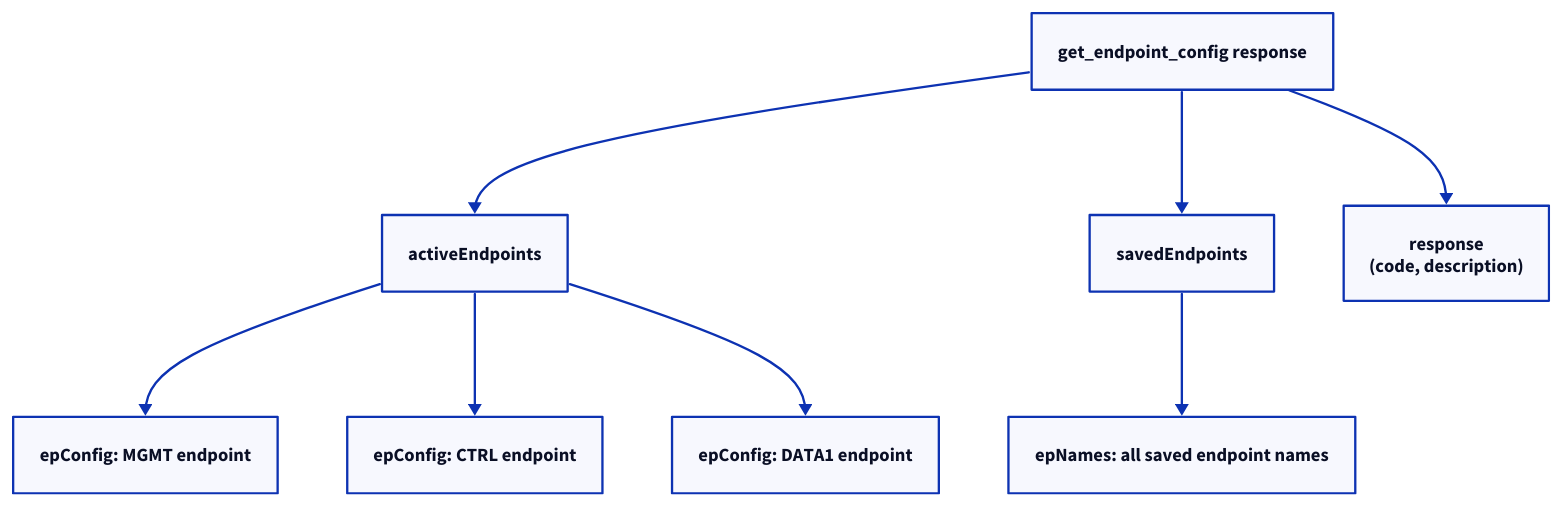
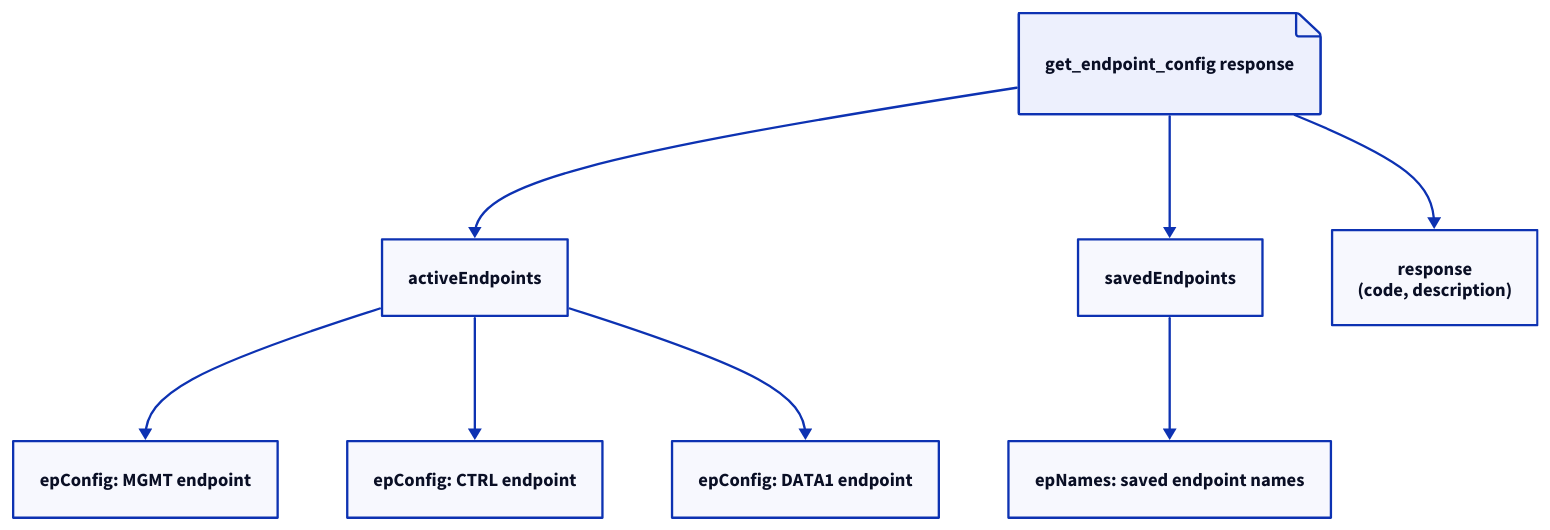
The diagram in docs/infrastructure/endpoints/view.md (admiral-ai/zebra-handheld-rfid-iotc), drawn with D2 before and after one commit. The commit also changed 40 other files, not shown here.

First line of the commit message:
Redesign all 54 D2 diagrams to a unified visual system

````diff
--- a/docs/infrastructure/endpoints/view.md
+++ b/docs/infrastructure/endpoints/view.md
@@ -35,17 +35,18 @@
 ```d2
-R: get_endpoint_config response
+R: "get_endpoint_config response" { shape: page }
 AE: activeEndpoints
 SE: savedEndpoints
 RR: "response\n(code, description)"
 EP1: "epConfig: MGMT endpoint"
 EP2: "epConfig: CTRL endpoint"
 EP3: "epConfig: DATA1 endpoint"
-EN: "epNames: all saved endpoint names"
+EN: "epNames: saved endpoint names"
 R -> AE
 R -> SE
 R -> RR
 AE -> EP1
 AE -> EP2
 AE -> EP3
 SE -> EN
+
 ```
````
